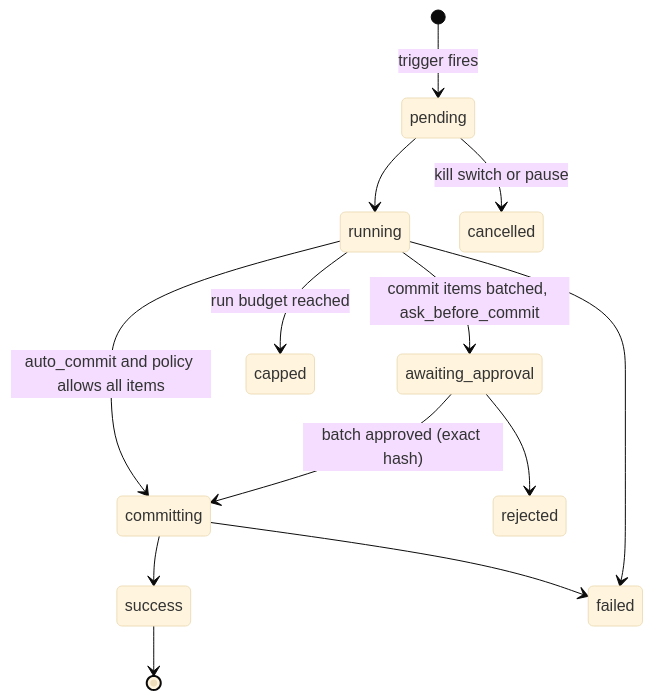
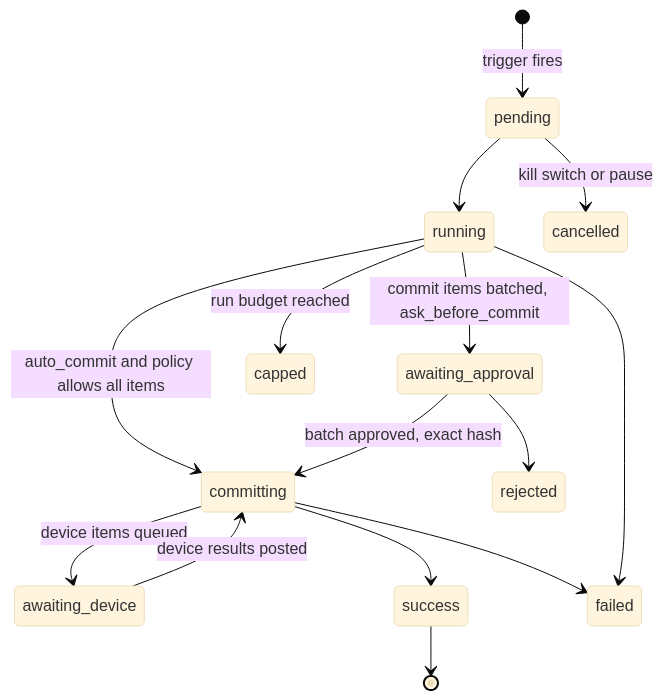
One commit to tabani-png/offload-v2 changed diagram 12 of 21 in docs/ARCHITECTURE.md. Above: the diagram before and after it, drawn with Mermaid (base theme). The commit also changed other lines of this file and 11 other files, not shown here.

Commit message:
docs: architecture, data model, API, roadmap, open questions OQ-23 to OQ-26, glossary, README, agent rules (Claude Code standing rule)

````diff
--- a/docs/ARCHITECTURE.md
+++ b/docs/ARCHITECTURE.md
@@ -434,15 +609,17 @@
 ```mermaid
 stateDiagram-v2
   [*] --> pending: trigger fires
   pending --> running
   running --> awaiting_approval: commit items batched, ask_before_commit
   running --> committing: auto_commit and policy allows all items
-  awaiting_approval --> committing: batch approved (exact hash)
+  awaiting_approval --> committing: batch approved, exact hash
   awaiting_approval --> rejected
+  committing --> awaiting_device: device items queued
+  awaiting_device --> committing: device results posted
   committing --> success
   committing --> failed
   running --> failed
   running --> capped: run budget reached
   pending --> cancelled: kill switch or pause
   success --> [*]
 ```
````
